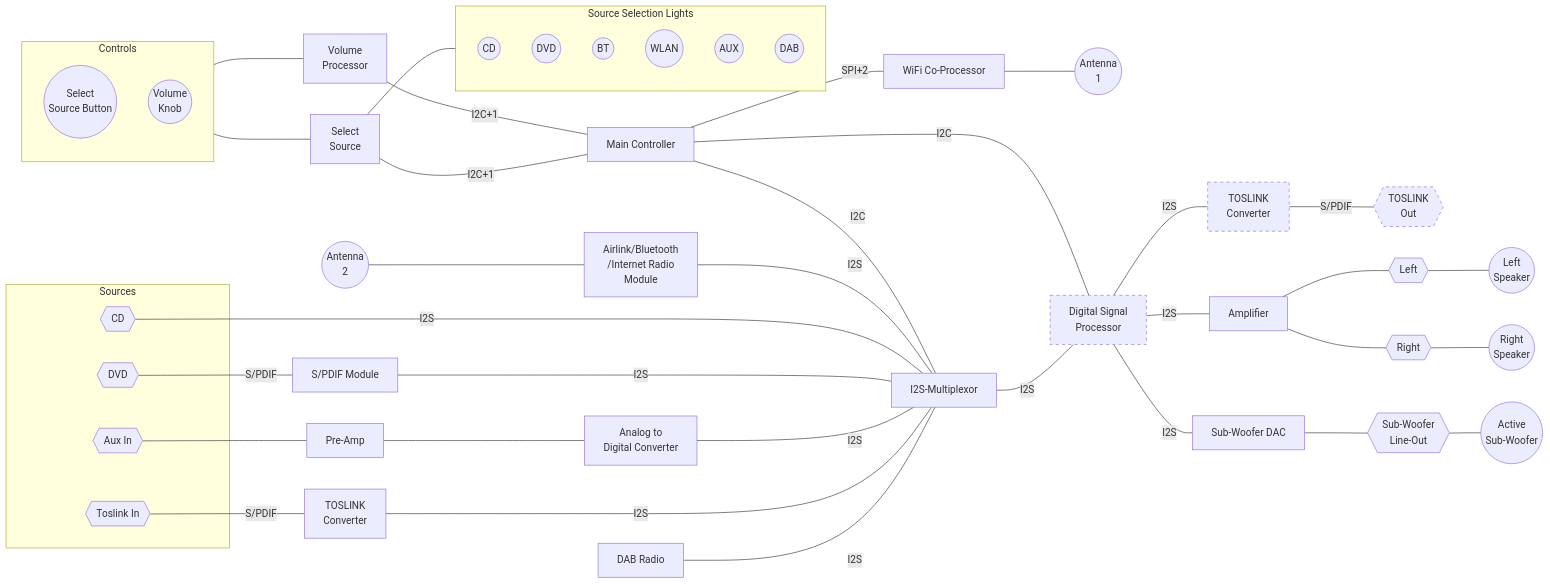
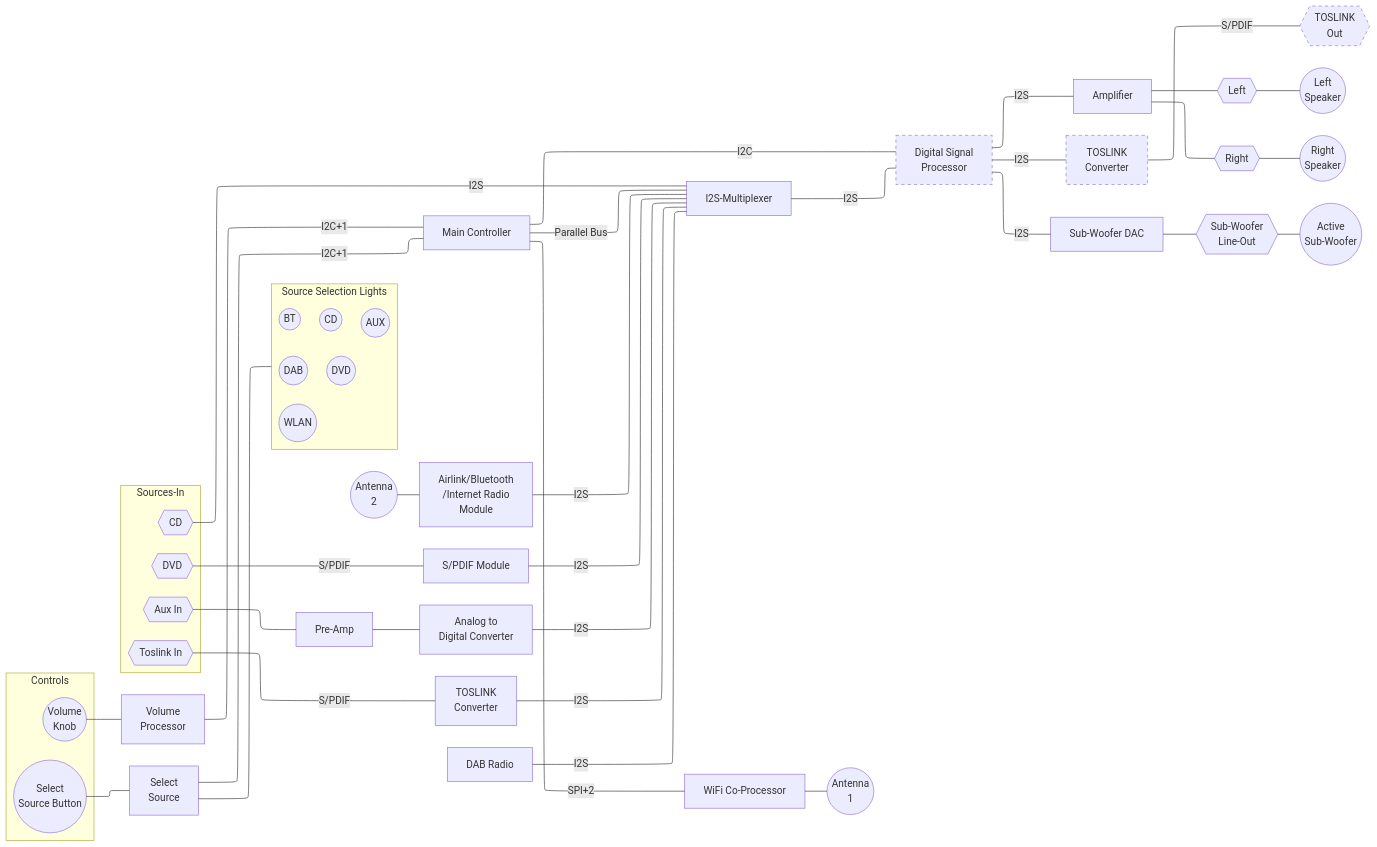
Before and after one commit to adoble/modular-audio: the first of 3 diagrams in README.md, drawn with Mermaid.

Commit message:
Updated diagram

````diff
--- a/README.md
+++ b/README.md
@@ -13,66 +13,68 @@
 ```mermaid
-graph LR;
+%%{init: {"flowchart": {"defaultRenderer": "elk"}} }%%
+flowchart LR
 
 
-main_ctrl["Main Controller"] -- I2C --- i2sm[I2S-Multiplexor];
+main_ctrl["Main Controller"] -- Parallel Bus --- i2sm[I2S-Multiplexer];
 wifi --- antenna1((Antenna <br> 1));
 
 main_ctrl -- I2C --- dsp;
 main_ctrl -- SPI+2 --- wifi["WiFi Co-Processor"]
 i2sm -- I2S --- dsp["Digital Signal <br> Processor"] -- I2S --- amp[Amplifier];
 dsp -- I2S --- toslink_out_converter[TOSLINK<br>Converter] -- "S/PDIF" --- toslink_out{{TOSLINK <br> Out}};
 
 
 style dsp stroke-dasharray: 5 5;
 style toslink_out_converter stroke-dasharray: 5 5;
 style toslink_out stroke-dasharray: 5 5;
 
 
-subgraph sources [Sources]
+subgraph sources [Sources-In]
     cd{{CD}};
     dvd{{DVD}};
     tos_link_in{{Toslink In}}
     aux{{Aux In}};
     
 end
 
 subgraph source_sel_display [Source Selection Lights]
+    direction LR
     cd_source_selected((CD ))
     dvd_source_selected((DVD))
     bluetooth_source_selected((BT ))
     wlan_source_selected((WLAN))
     aux_source_selected((AUX))
     dab_source_selected((DAB))
 end
 
 antenna2((Antenna <br> 2)) --- airlink;
 airlink["Airlink/Bluetooth <br> /Internet Radio <br> Module"] -- I2S --- i2sm
 cd -- I2S  --- i2sm;
 dvd -- "S/PDIF" --- spdif["S/PDIF Module"] -- I2S --- i2sm;
 aux --- Pre-Amp --- adc[Analog to <br>Digital Converter] -- I2S --- i2sm;
 tos_link_in -- "S/PDIF" --- toslink_converter[TOSLINK<br>Converter] -- I2S --- i2sm; 
 dab["DAB Radio"] -- I2S --- i2sm
 
 amp --- left{{Left}} --- left_spk((Left <br> Speaker)) 
 amp --- right{{Right}} --- right_spk((Right <br> Speaker)) 
 
 dsp -- I2S --- sw-dac[Sub-Woofer DAC] --- sw-line-out{{Sub-Woofer<br>Line-Out}} --- active-sw((Active<br>Sub-Woofer))
 
 
 vol_proc[Volume <br> Processor];
 sel_source[Select <br> Source <br>];
 
 subgraph controls[Controls]
     direction TB
     sel_source_btn((Select <br> Source Button))
     vol_knob((Volume <br> Knob))
 end
 
 sel_source --- source_sel_display
 vol_knob --- vol_proc -- I2C+1--- main_ctrl;
 sel_source_btn --- sel_source -- I2C+1--- main_ctrl;
 
 
-click main_ctrl "https://github.com/adoble/modular-audio/blob/main/README.md#controller"
-click i2sm "https://github.com/adoble/modular-audio/tree/main/hardware/i2s-multiplexer" "Click to see sub-repository"
+%%click main_ctrl "https://github.com/adoble/modular-audio/blob/main/README.md#controller"%%
+%%click i2sm "https://github.com/adoble/modular-audio/tree/main/hardware/i2s-multiplexer" "Click to see sub-repository"%%
 ```
````
